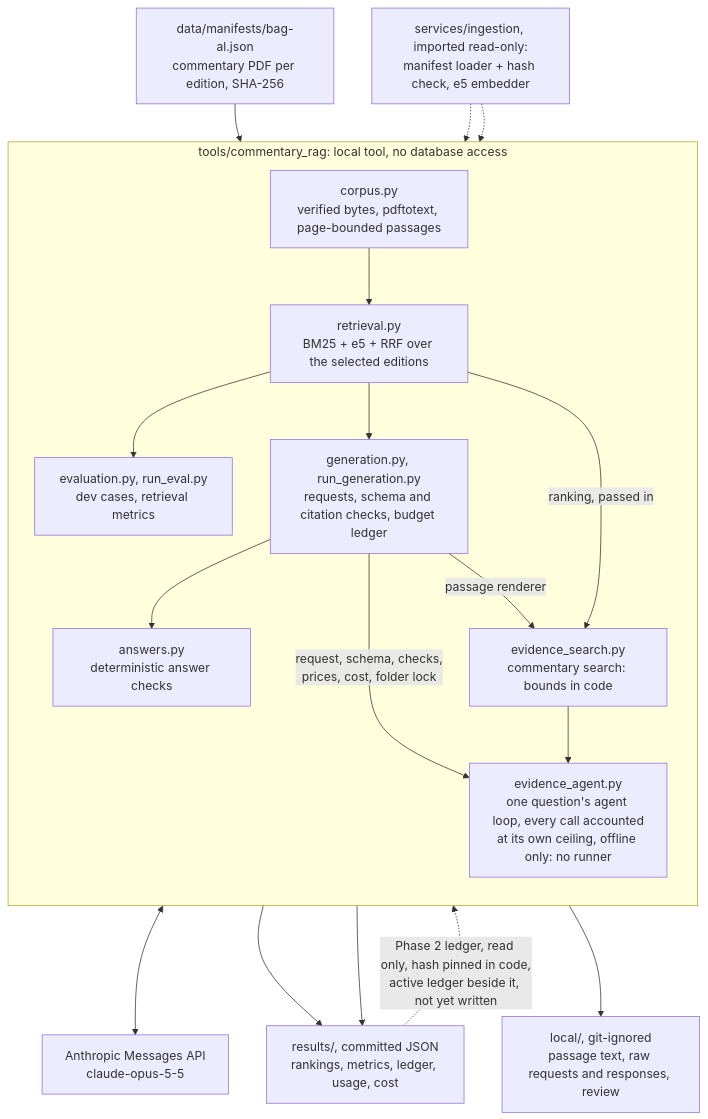
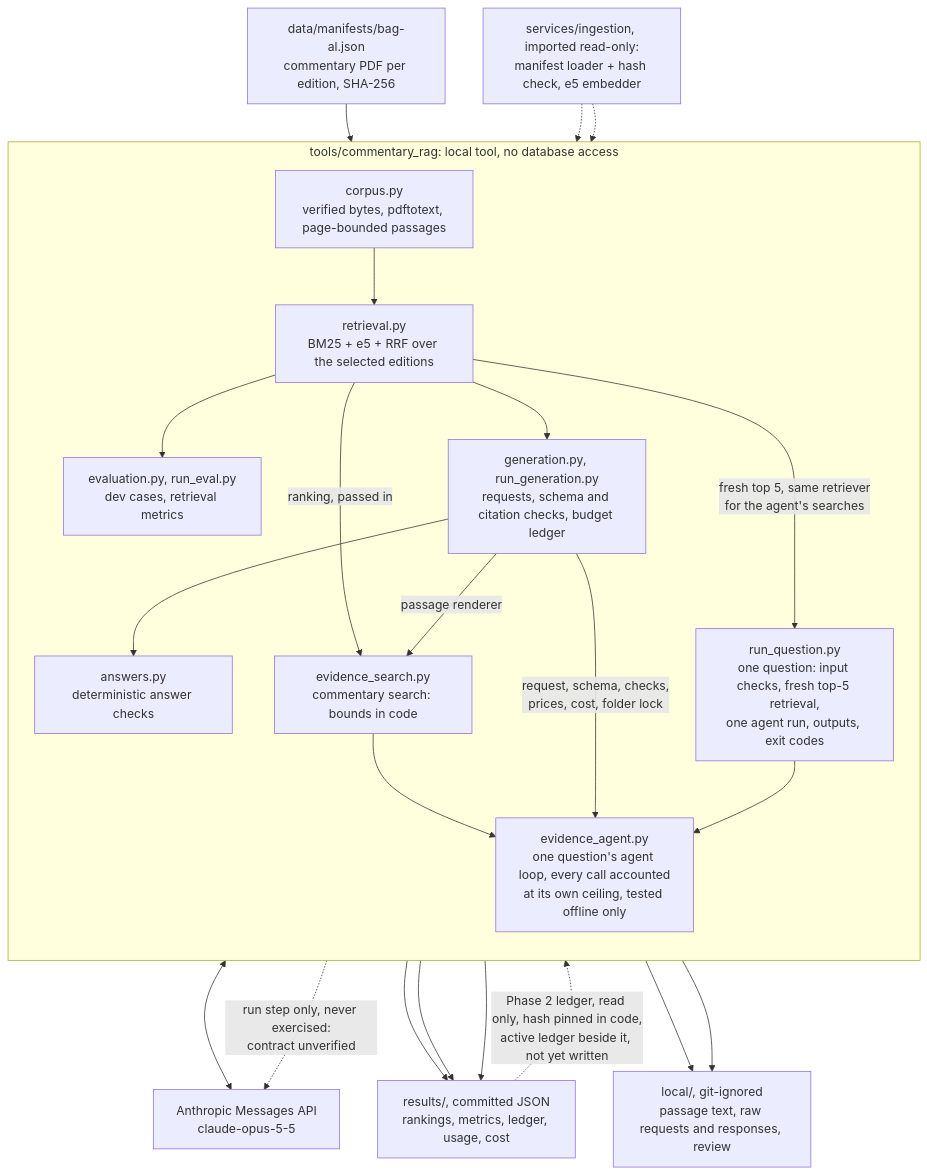
Before and after one commit to erhanuenlue/tarifhub: the diagram in docs/arc42/05-building-block-view.md, drawn with Mermaid. The commit also changed other lines of this file and 11 other files, not shown here.

First line of the commit message:
feat(tools): one-question runner for the evidence-seeking agent (ADR-026, offline only) (#55)

````diff
--- a/docs/arc42/05-building-block-view.md
+++ b/docs/arc42/05-building-block-view.md
@@ -100,31 +100,37 @@
 ```mermaid
 flowchart TB
   MAN["data/manifests/bag-al.json<br/>commentary PDF per edition, SHA-256"]
   ING["services/ingestion, imported read-only:<br/>manifest loader + hash check, e5 embedder"]
   subgraph PILOT["tools/commentary_rag: local tool, no database access"]
     direction TB
     COR["corpus.py<br/>verified bytes, pdftotext, page-bounded passages"]
     RET["retrieval.py<br/>BM25 + e5 + RRF over the selected editions"]
     EVA["evaluation.py, run_eval.py<br/>dev cases, retrieval metrics"]
     GEN["generation.py, run_generation.py<br/>requests, schema and citation checks, budget ledger"]
     ANS["answers.py<br/>deterministic answer checks"]
     SEA["evidence_search.py<br/>commentary search: bounds in code"]
-    AGT["evidence_agent.py<br/>one question's agent loop, every call accounted<br/>at its own ceiling, offline only: no runner"]
+    AGT["evidence_agent.py<br/>one question's agent loop, every call accounted<br/>at its own ceiling, tested offline only"]
+    RQ["run_question.py<br/>one question: input checks, fresh top-5 retrieval,<br/>one agent run, outputs, exit codes"]
     COR --> RET
     RET --> EVA
     RET --> GEN
     GEN --> ANS
     RET -->|"ranking, passed in"| SEA
     GEN -->|"passage renderer"| SEA
     SEA --> AGT
     GEN -->|"request, schema, checks,<br/>prices, cost, folder lock"| AGT
+    RET -->|"fresh top 5, same retriever<br/>for the agent's searches"| RQ
+    RQ --> AGT
   end
   MAN --> COR
   ING -.-> COR
   ING -.-> RET
   GEN <--> API["Anthropic Messages API<br/>claude-opus-5-5"]
+  AGT -.->|"run step only, never exercised:<br/>contract unverified"| API
   EVA --> RES["results/, committed JSON<br/>rankings, metrics, ledger, usage, cost"]
   ANS --> RES
   GEN --> LOC["local/, git-ignored<br/>passage text, raw requests and responses, review"]
+  RQ --> RES
+  RQ --> LOC
   RES -.->|"Phase 2 ledger, read only, hash pinned in code,<br/>active ledger beside it, not yet written"| AGT
 ```
````
